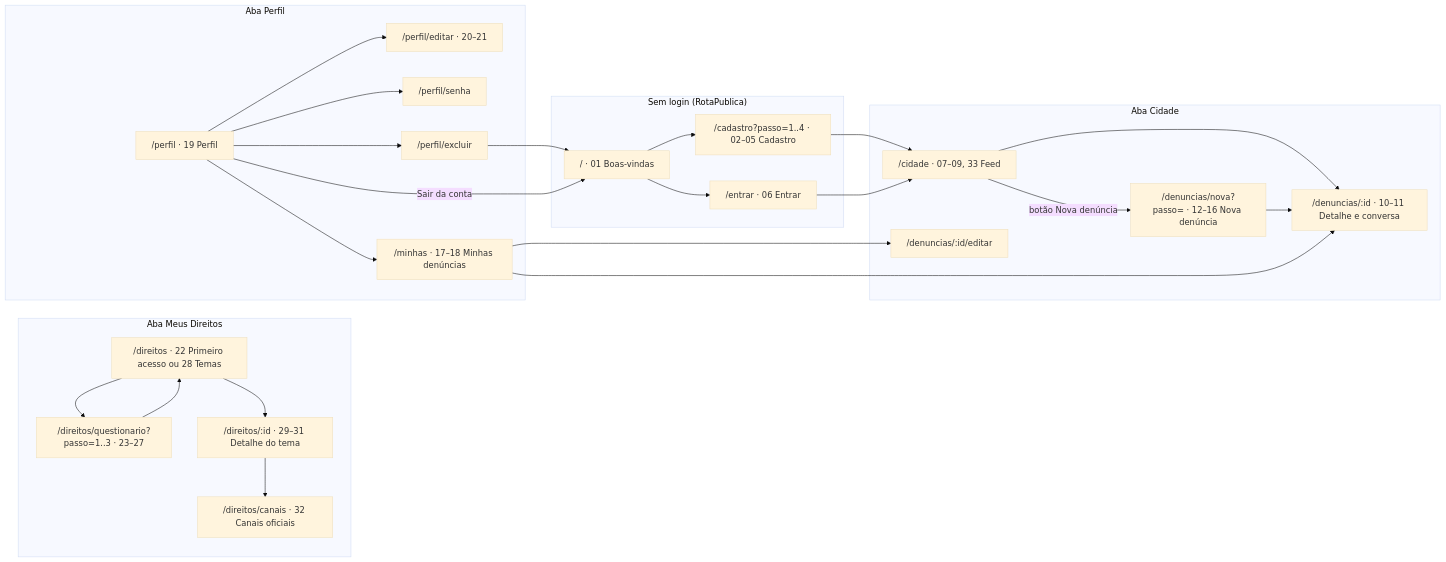
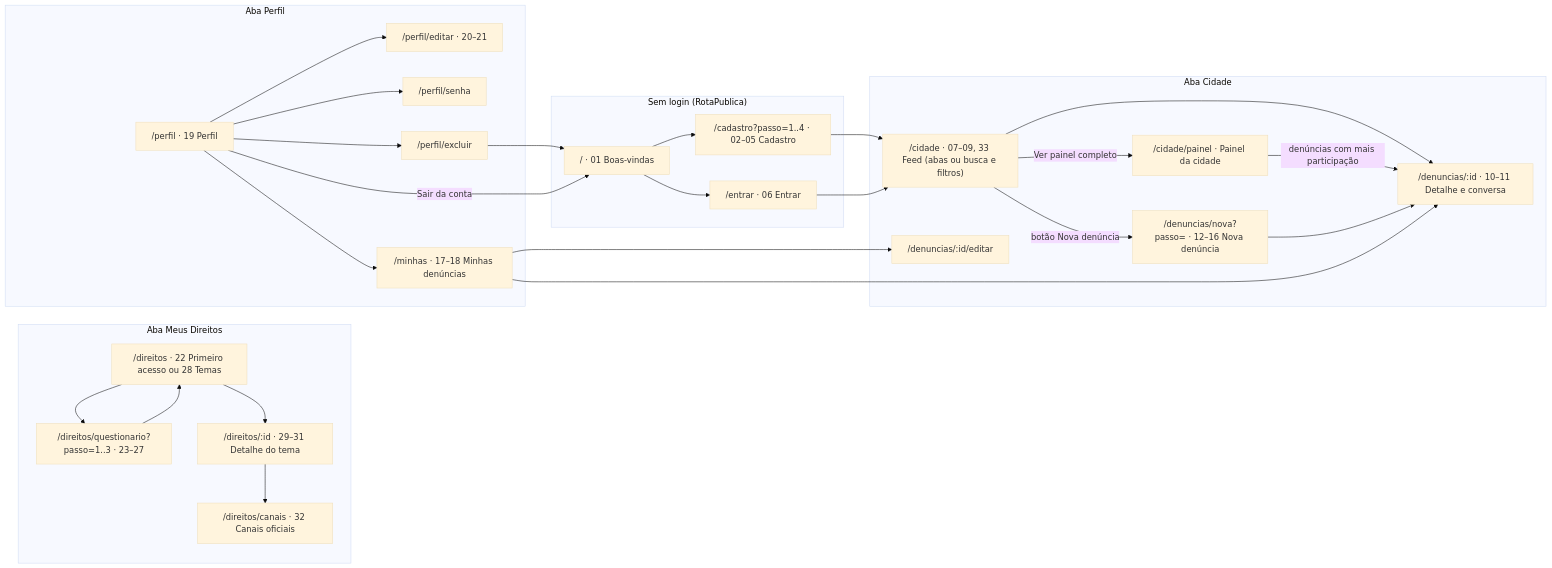
One commit to JoaoRicardoSOC/meus-direitos changed the first of 2 diagrams in docs/diagramas/diagrama-frontend.md. Above: the diagram before and after it, drawn with Mermaid (base theme). The commit also changed other lines of this file and 1 other file, not shown here.

Commit message:
docs(frontend): documenta o painel, a busca, a localizacao, as novidades e o compartilhar

````diff
--- a/docs/diagramas/diagrama-frontend.md
+++ b/docs/diagramas/diagrama-frontend.md
@@ -11,44 +11,46 @@
 ```mermaid
 flowchart LR
     subgraph publicas["Sem login (RotaPublica)"]
         BV["/ · 01 Boas-vindas"]
         CAD["/cadastro?passo=1..4 · 02–05 Cadastro"]
         ENT["/entrar · 06 Entrar"]
     end
 
     subgraph cidade["Aba Cidade"]
-        FEED["/cidade · 07–09, 33 Feed"]
+        FEED["/cidade · 07–09, 33 Feed (abas ou busca e filtros)"]
+        PAINEL["/cidade/painel · Painel da cidade"]
         DET["/denuncias/:id · 10–11 Detalhe e conversa"]
         NOVA["/denuncias/nova?passo= · 12–16 Nova denúncia"]
         EDIT["/denuncias/:id/editar"]
     end
 
     subgraph direitos["Aba Meus Direitos"]
         MD["/direitos · 22 Primeiro acesso ou 28 Temas"]
         QUEST["/direitos/questionario?passo=1..3 · 23–27"]
         TEMA["/direitos/:id · 29–31 Detalhe do tema"]
         CANAIS["/direitos/canais · 32 Canais oficiais"]
     end
 
     subgraph perfil["Aba Perfil"]
         PERF["/perfil · 19 Perfil"]
         EDP["/perfil/editar · 20–21"]
         SENHA["/perfil/senha"]
         EXC["/perfil/excluir"]
         MINHAS["/minhas · 17–18 Minhas denúncias"]
     end
 
     BV --> CAD --> FEED
     BV --> ENT --> FEED
     FEED --> DET
+    FEED -- "Ver painel completo" --> PAINEL -- "denúncias com mais participação" --> DET
     FEED -- "botão Nova denúncia" --> NOVA --> DET
     MINHAS --> EDIT
     MINHAS --> DET
     MD --> QUEST --> MD
     MD --> TEMA --> CANAIS
     PERF --> EDP
     PERF --> SENHA
     PERF --> EXC --> BV
     PERF --> MINHAS
     PERF -- "Sair da conta" --> BV
 ```
````
